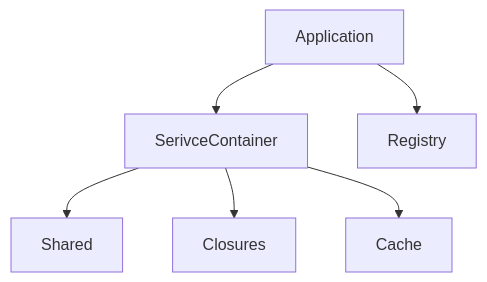
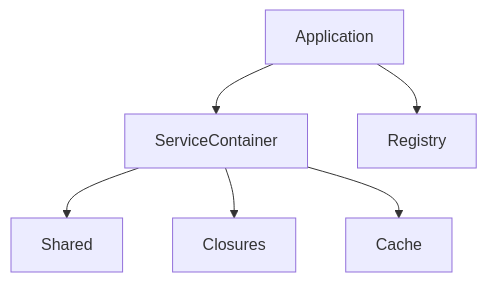
The second of 5 diagrams in docs/features/feature-application.md (mnaatjes/sandbox-php), drawn with Mermaid before and after one commit. The commit also changed other lines of this file and 18 other files, not shown here.

````diff
--- a/docs/features/feature-application.md
+++ b/docs/features/feature-application.md
@@ -294,22 +294,22 @@
 ```mermaid
 graph TD;
   %% Define Nodes (Positions)
   App[Application]
   
-  App.Container[SerivceContainer]
+  App.Container[ServiceContainer]
   App.Container.A[Shared]
   App.Container.B[Closures]
   App.Container.C[Cache]
 
   App.Registry[Registry]
 
   %% Connect Nodes (Heirarchy)
   App --> App.Container;
 
   App.Container --> App.Container.A
   App.Container --> App.Container.B
   App.Container --> App.Container.C
 
   App --> App.Registry
 
 ```
````
